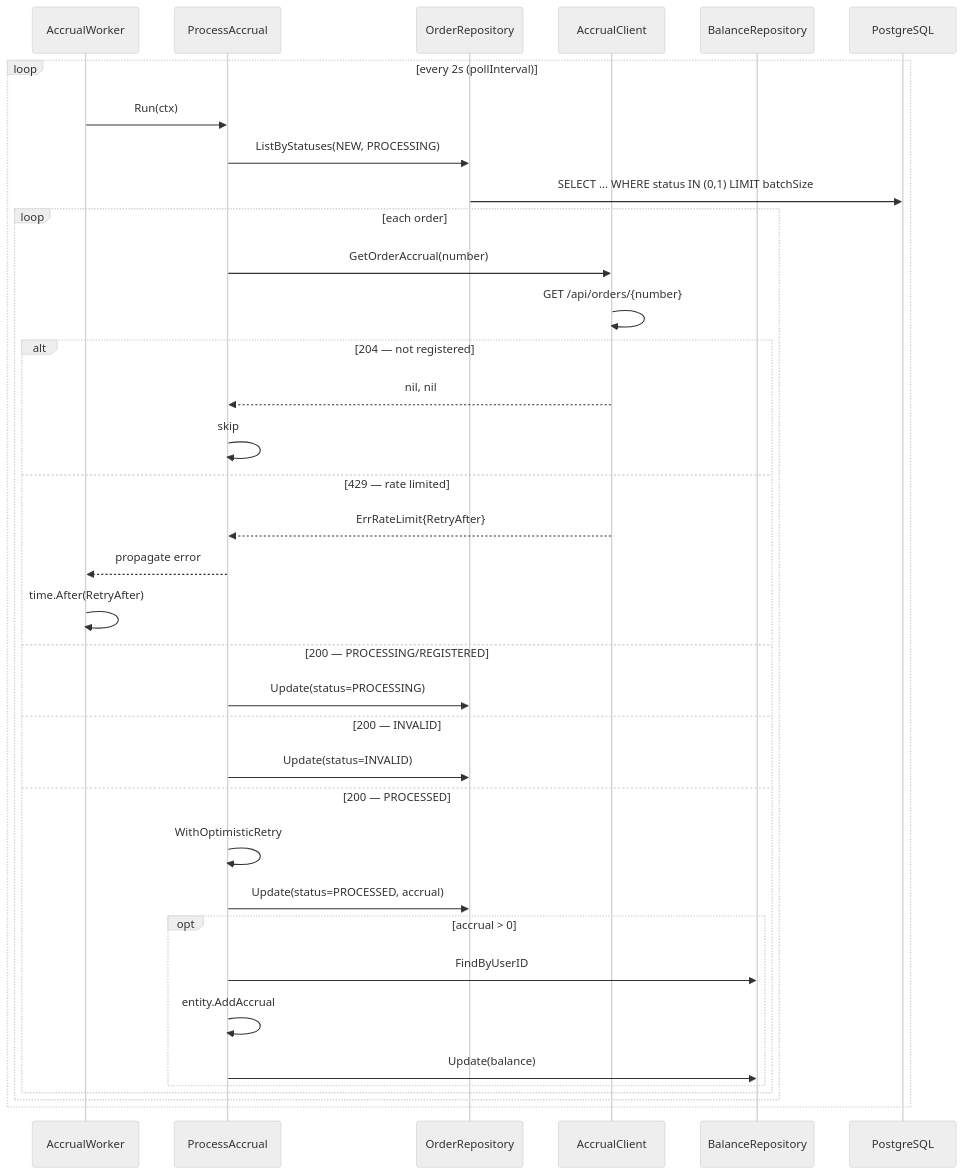
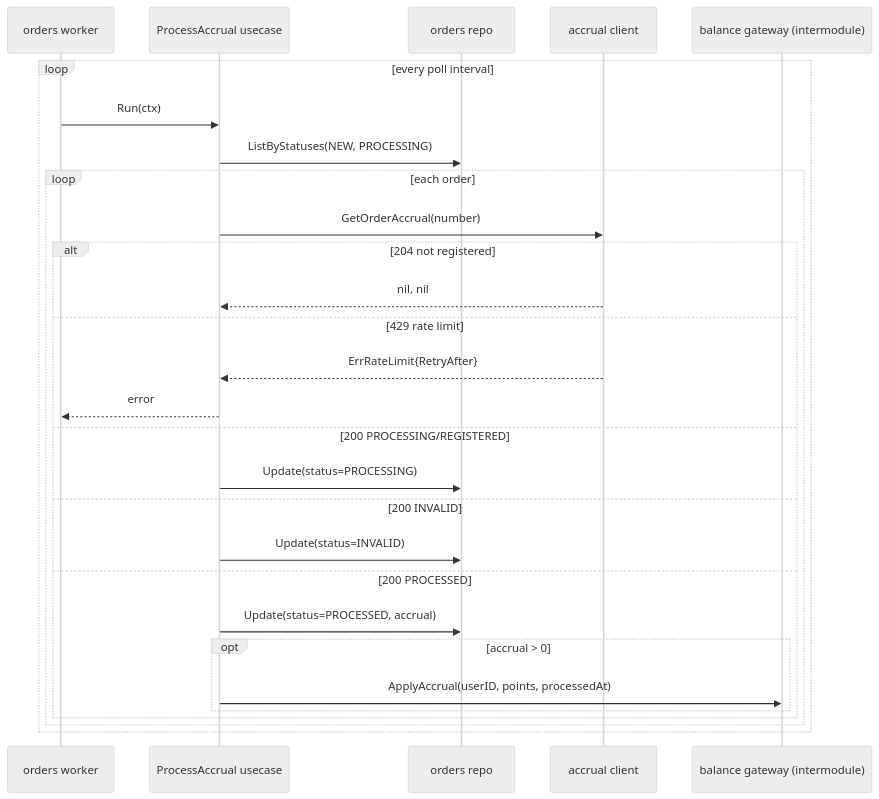
The sixth of 8 diagrams in ARCHITECTURE.md (iPatrushevSergey/gophermart), drawn with Mermaid (neutral theme) before and after one commit. The commit also changed other lines of this file, not shown here.

First line of the commit message:
docs(architecture): update module architecture diagrams

````diff
--- a/ARCHITECTURE.md
+++ b/ARCHITECTURE.md
@@ -372,41 +402,31 @@
 ```mermaid
 sequenceDiagram
-    participant W as AccrualWorker
-    participant UC as ProcessAccrual
-    participant R as OrderRepository
-    participant AC as AccrualClient
-    participant BR as BalanceRepository
-    participant DB as PostgreSQL
+    participant W as orders worker
+    participant UC as ProcessAccrual usecase
+    participant OR as orders repo
+    participant AC as accrual client
+    participant BG as balance gateway (intermodule)
 
-    loop every 2s (pollInterval)
+    loop every poll interval
         W->>UC: Run(ctx)
-        UC->>R: ListByStatuses(NEW, PROCESSING)
-        R->>DB: SELECT ... WHERE status IN (0,1) LIMIT batchSize
-
+        UC->>OR: ListByStatuses(NEW, PROCESSING)
         loop each order
             UC->>AC: GetOrderAccrual(number)
-            AC->>AC: GET /api/orders/{number}
-
-            alt 204 — not registered
+            alt 204 not registered
                 AC-->>UC: nil, nil
-                UC->>UC: skip
-            else 429 — rate limited
+            else 429 rate limit
                 AC-->>UC: ErrRateLimit{RetryAfter}
-                UC-->>W: propagate error
-                W->>W: time.After(RetryAfter)
-            else 200 — PROCESSING/REGISTERED
-                UC->>R: Update(status=PROCESSING)
-            else 200 — INVALID
-                UC->>R: Update(status=INVALID)
-            else 200 — PROCESSED
-                UC->>UC: WithOptimisticRetry
-                UC->>R: Update(status=PROCESSED, accrual)
+                UC-->>W: error
+            else 200 PROCESSING/REGISTERED
+                UC->>OR: Update(status=PROCESSING)
+            else 200 INVALID
+                UC->>OR: Update(status=INVALID)
+            else 200 PROCESSED
+                UC->>OR: Update(status=PROCESSED, accrual)
                 opt accrual > 0
-                    UC->>BR: FindByUserID
-                    UC->>UC: entity.AddAccrual
-                    UC->>BR: Update(balance)
+                    UC->>BG: ApplyAccrual(userID, points, processedAt)
                 end
             end
         end
     end
 ```
````
